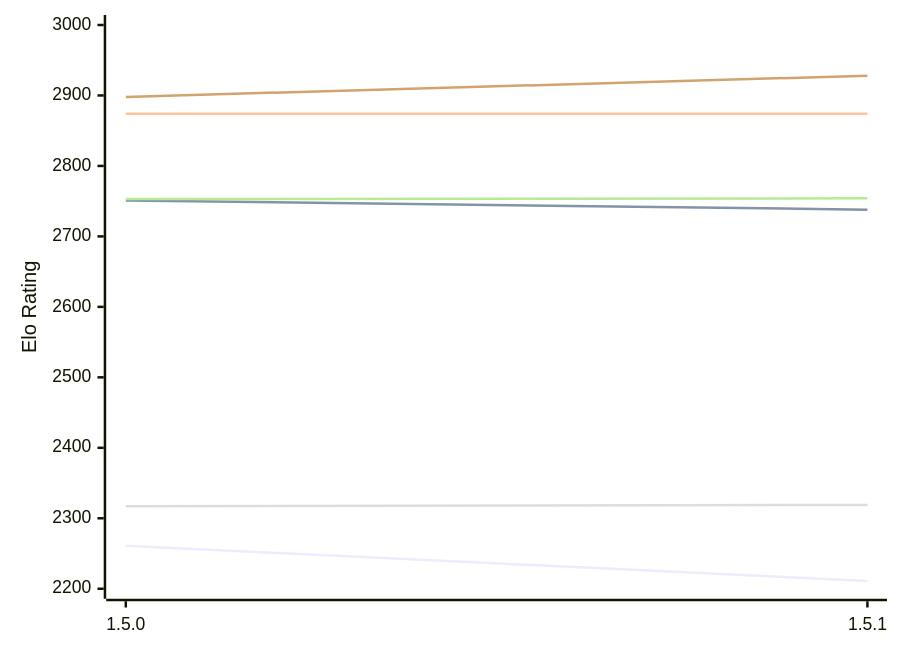
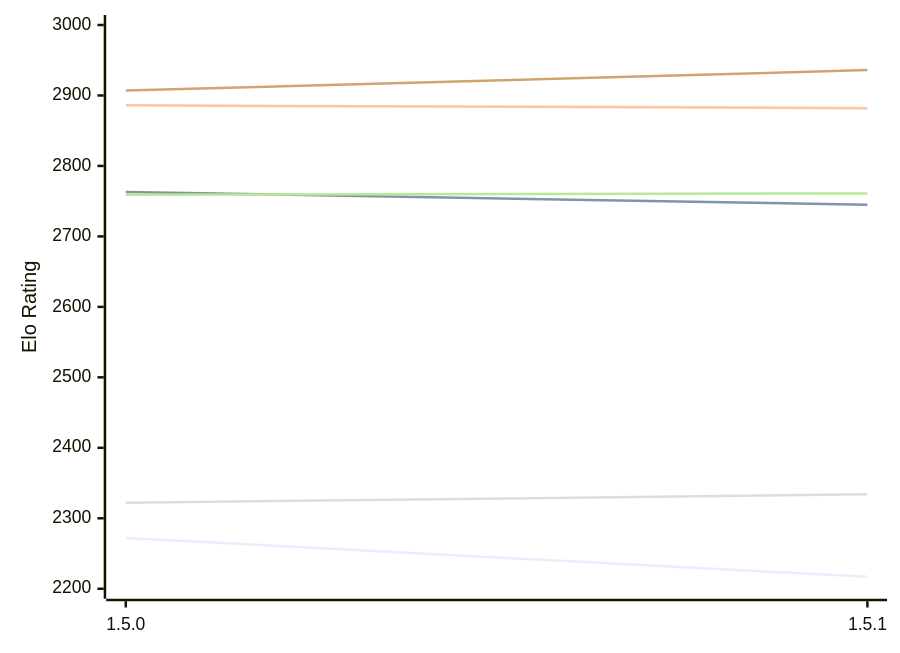
Before and after one commit to computer-chess-index/cci: the first of 2 diagrams in engines/Coco.md, drawn with Mermaid. The commit also changed other lines of this file, not shown here.

Commit message:
Update CCI Ratings (ELO VLTC) - 2026-10-25

````diff
--- a/engines/Coco.md
+++ b/engines/Coco.md
@@ -50,12 +50,12 @@
 ```mermaid
 %%{init: {"theme":"base","themeVariables":{"seriesColors:['#a3a3a3','#222221','#faa371']}}}%%
 xychart-beta
   x-axis ["1.5.0", "1.5.1"]
   y-axis "Elo Rating" 2200 --> 3000
-  line "E1: STC (8.0+0.08s)" [2261, 2211]
-  line "E1: LTC (60.0+0.60s)" [2751, 2738]
-  line "E1: VLTC (2m24s+1.12s)" [2874, 2874]
-  line "P1: STC (8.0+0.08s)" [2317, 2319]
-  line "P1: LTC (60.0+0.60s)" [2753, 2754]
-  line "P1: VLTC (2m24s+1.12s)" [2898, 2928]
+  line "E1: STC (8.0+0.08s)" [2272, 2217]
+  line "E1: LTC (60.0+0.60s)" [2763, 2745]
+  line "E1: VLTC (2m24s+1.12s)" [2886, 2882]
+  line "P1: STC (8.0+0.08s)" [2322, 2334]
+  line "P1: LTC (60.0+0.60s)" [2759, 2761]
+  line "P1: VLTC (2m24s+1.12s)" [2907, 2936]
 ```
````
